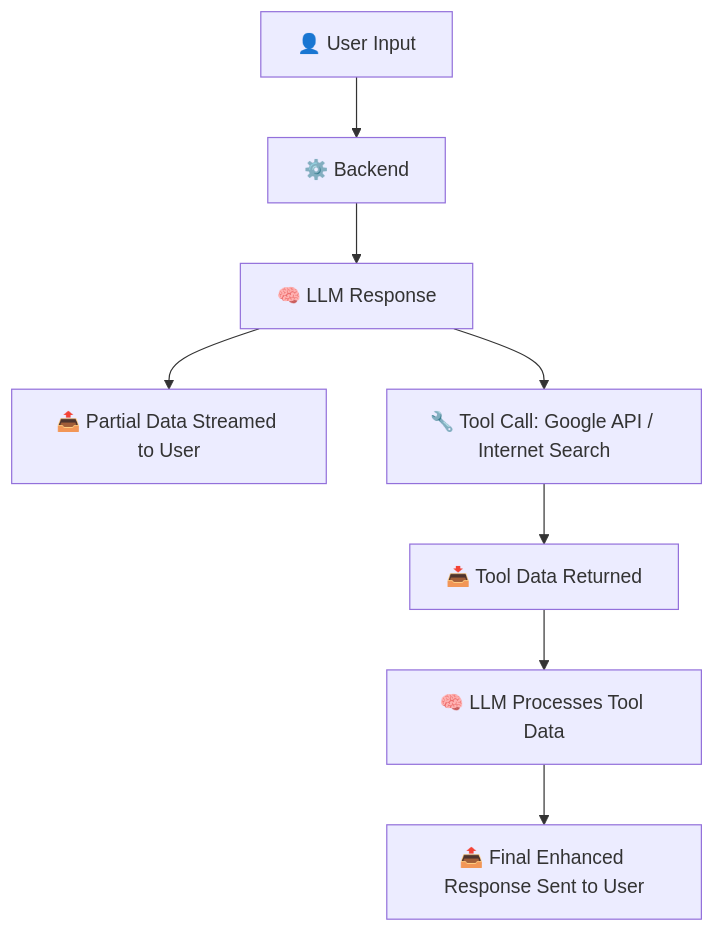
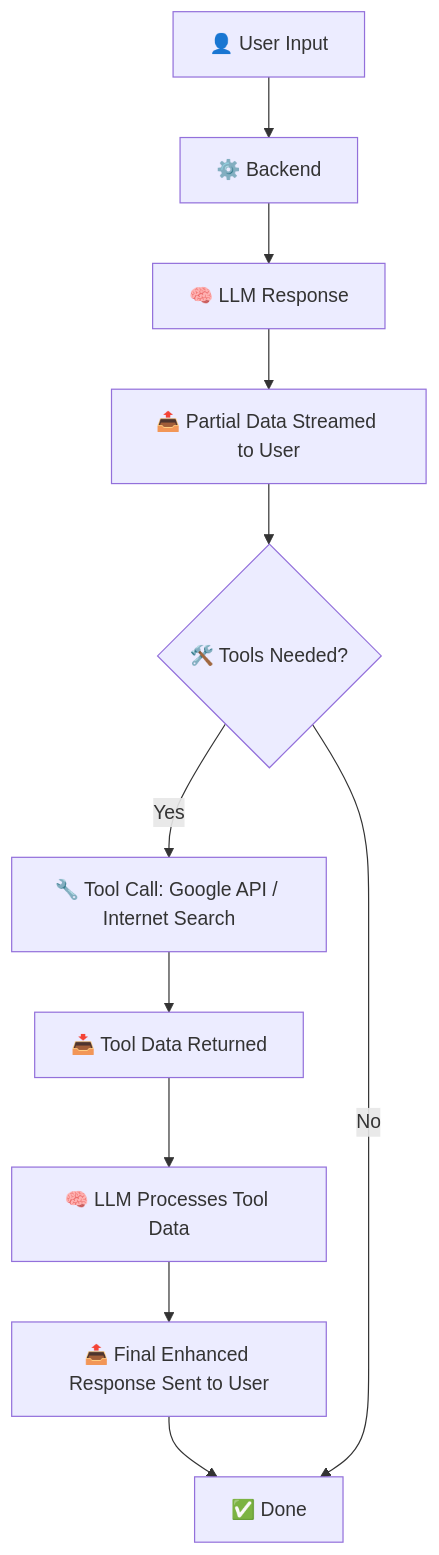
The diagram in README.md (arunven3/GTaskAssistant), drawn with Mermaid before and after one commit. The commit also changed other lines of this file and 6 other files, not shown here.

````diff
--- a/README.md
+++ b/README.md
@@ -27,10 +11,19 @@
 ```mermaid
 graph TD
     A[👤 User Input] --> B[⚙️ Backend]
     B --> C[🧠 LLM Response]
     C --> D[📤 Partial Data Streamed to User]
-    C --> E[🔧 Tool Call: Google API / Internet Search]
+
+    %% Decision after partial data
+    D --> J{🛠️ Tools Needed?}
+
+    %% If tools are used
+    J -->|Yes| E[🔧 Tool Call: Google API / Internet Search]
     E --> F[📥 Tool Data Returned]
     F --> G[🧠 LLM Processes Tool Data]
     G --> H[📤 Final Enhanced Response Sent to User]
+    H --> I[✅ Done]
+
+    %% If no tools
+    J -->|No| I[✅ Done]
 ```
````
